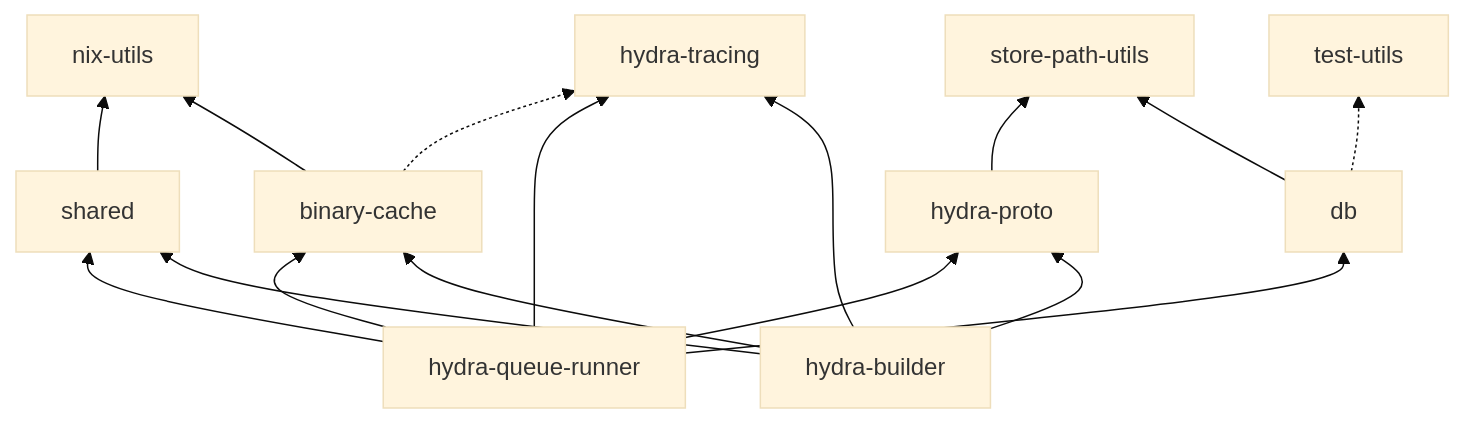
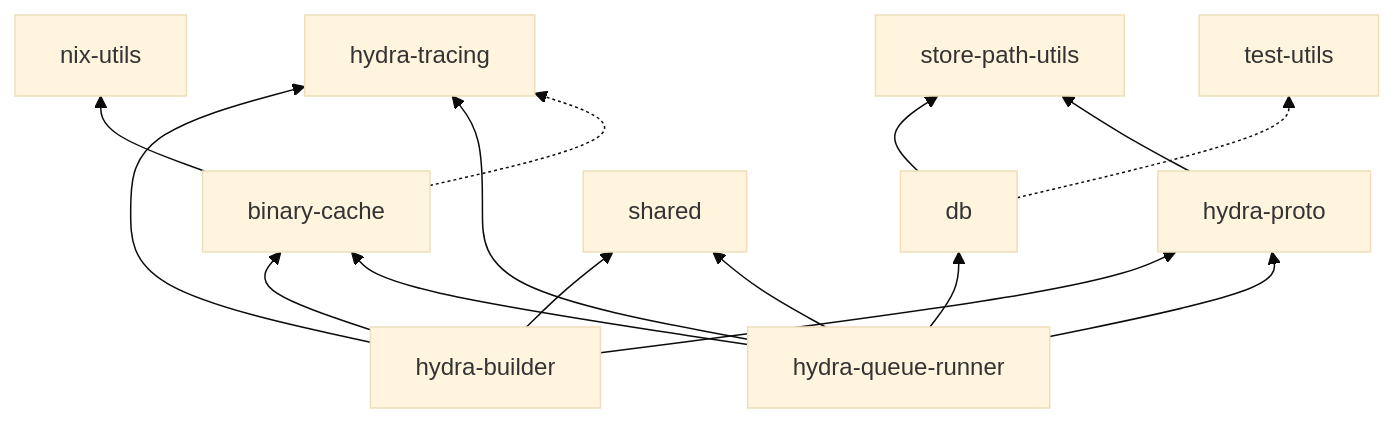
One commit to NixOS/hydra changed the diagram in subprojects/hydra-manual/src/architecture.md. Above: the diagram before and after it, drawn with Mermaid (base theme). The commit also changed 7 other files, not shown here.

First line of the commit message:
Remove `nix-utils` dependency from `shared` crate

````diff
--- a/subprojects/hydra-manual/src/architecture.md
+++ b/subprojects/hydra-manual/src/architecture.md
@@ -62,18 +62,17 @@
 ```mermaid
 graph BT
     binary-cache --> nix-utils
     db --> store-path-utils
     hydra-proto --> store-path-utils
-    shared --> nix-utils
     hydra-builder --> binary-cache
     hydra-builder --> hydra-proto
     hydra-builder --> hydra-tracing
     hydra-builder --> shared
     hydra-queue-runner --> binary-cache
     hydra-queue-runner --> db
     hydra-queue-runner --> hydra-proto
     hydra-queue-runner --> hydra-tracing
     hydra-queue-runner --> shared
     binary-cache -.-> hydra-tracing
     db -.-> test-utils
 ```
````
